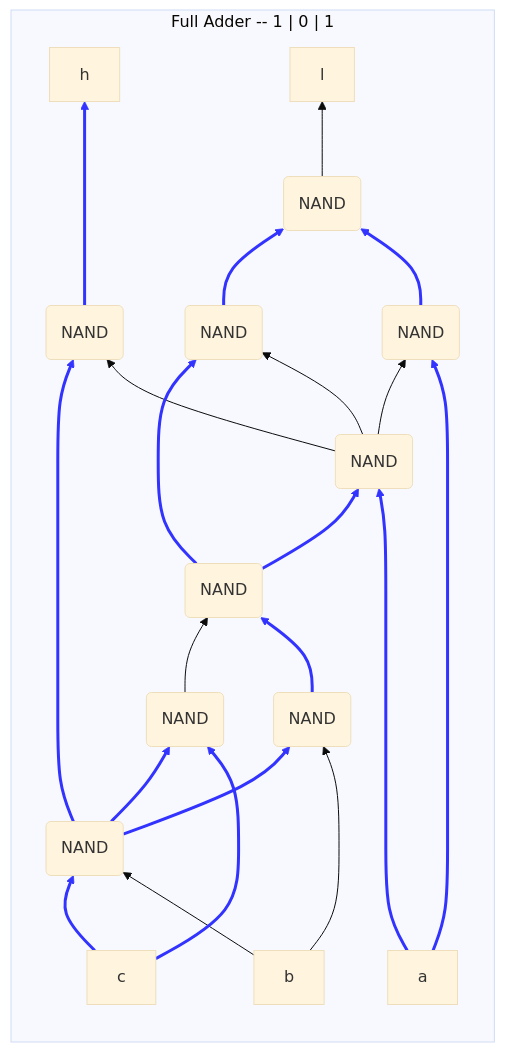
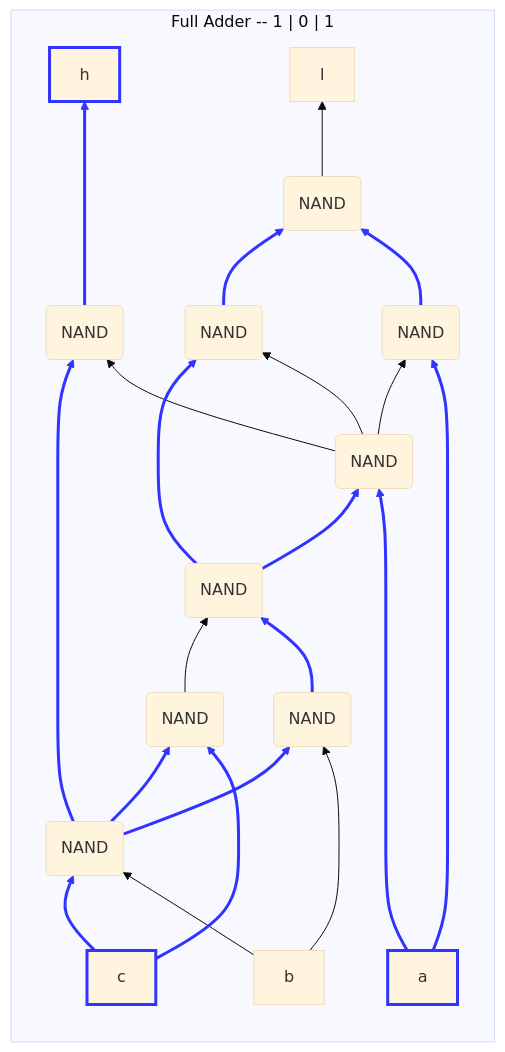
One commit to DaveyJH/nandgame changed the seventh of 8 diagrams in arithmetic/full-adder.md. Above: the diagram before and after it, drawn with Mermaid (base theme). The commit also changed other lines of this file, not shown here.

````diff
--- a/arithmetic/full-adder.md
+++ b/arithmetic/full-adder.md
@@ -184,32 +189,33 @@
 ```mermaid
 flowchart BT
 subgraph "Full Adder -- 1 | 0 | 1"
 direction BT
 
-a[a]----->n1(NAND) & n2(NAND);
+a[a]:::ON----->n1(NAND) & n2(NAND);
 b[b]-->n3(NAND) & n4(NAND);
-c[c]-->n4 & n5(NAND);
+c[c]:::ON-->n4 & n5(NAND);
 n1-->n2 & n6(NAND) & n8(NAND);
 n2-->n9(NAND);
 n3-->n7(NAND);
 n4-->n3 & n6 & n5;
 n5-->n7;
-n6--->h[h];
+n6--->h[h]:::ON;
 n7-->n8 & n1;
 n8-->n9;
 n9-->l[l];
+classDef ON stroke:#33f,stroke-width:3px;
 linkStyle 0 stroke:#33f,stroke-width:3px;
 linkStyle 1 stroke:#33f,stroke-width:3px;
 linkStyle 4 stroke:#33f,stroke-width:3px;
 linkStyle 5 stroke:#33f,stroke-width:3px;
 linkStyle 9 stroke:#33f,stroke-width:3px;
 linkStyle 10 stroke:#33f,stroke-width:3px;
 linkStyle 11 stroke:#33f,stroke-width:3px;
 linkStyle 12 stroke:#33f,stroke-width:3px;
 linkStyle 13 stroke:#33f,stroke-width:3px;
 linkStyle 15 stroke:#33f,stroke-width:3px;
 linkStyle 16 stroke:#33f,stroke-width:3px;
 linkStyle 17 stroke:#33f,stroke-width:3px;
 linkStyle 18 stroke:#33f,stroke-width:3px;
 end
 ```
````
